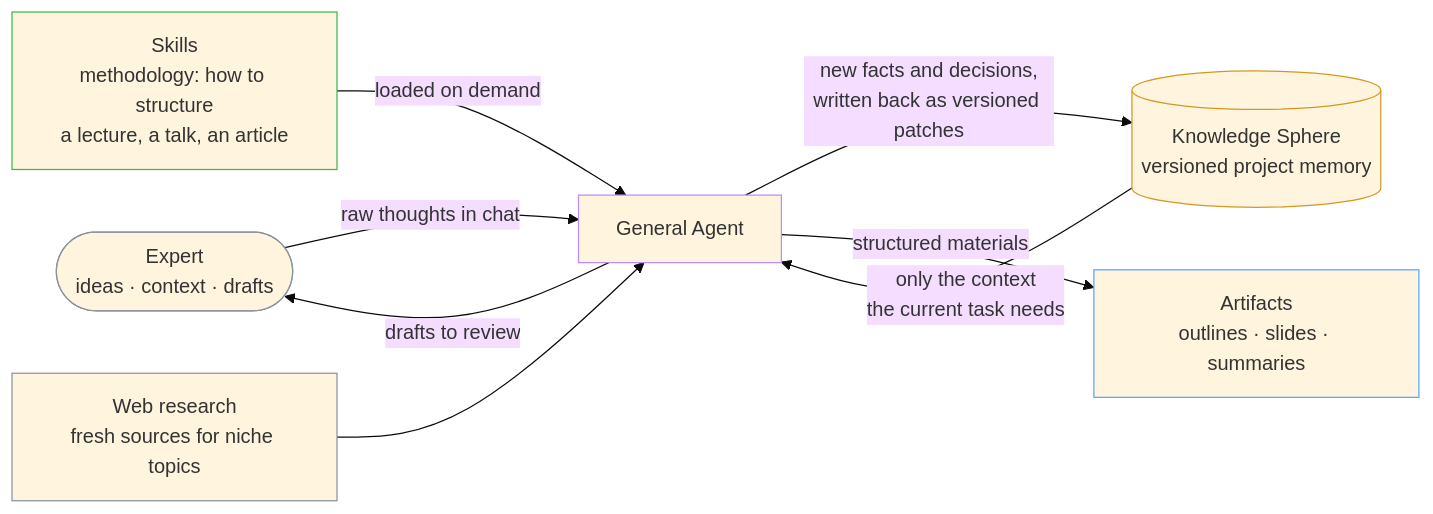
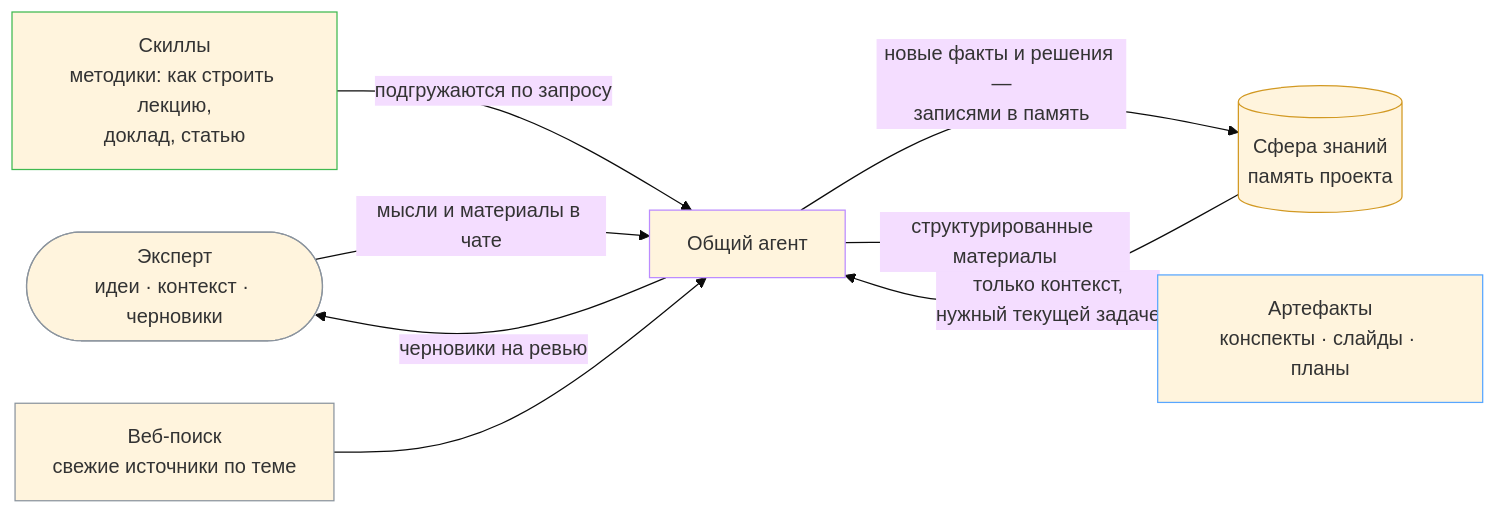
One commit to Bbar0n234/learnflow-ai changed the first of 2 diagrams in README.md. Above: the diagram before and after it, drawn with Mermaid (base theme). The commit also changed other lines of this file and 4 other files, not shown here.

````diff
--- a/README.md
+++ b/README.md
@@ -55,24 +57,24 @@
 ```mermaid
 graph LR
-    EXPERT(["Expert<br/>ideas · context · drafts"])
-    AGENT["General Agent"]
-    SPHERE[("Knowledge Sphere<br/>versioned project memory")]
-    SKILLS["Skills<br/>methodology: how to structure<br/>a lecture, a talk, an article"]
-    WEB["Web research<br/>fresh sources for niche topics"]
-    OUT["Artifacts<br/>outlines · slides · summaries"]
+    EXPERT(["Эксперт<br/>идеи · контекст · черновики"])
+    AGENT["Общий агент"]
+    SPHERE[("Сфера знаний<br/>память проекта")]
+    SKILLS["Скиллы<br/>методики: как строить лекцию,<br/>доклад, статью"]
+    WEB["Веб-поиск<br/>свежие источники по теме"]
+    OUT["Артефакты<br/>конспекты · слайды · планы"]
 
-    EXPERT -->|"raw thoughts in chat"| AGENT
-    AGENT -->|"drafts to review"| EXPERT
-    SPHERE -->|"only the context<br/>the current task needs"| AGENT
-    AGENT -->|"new facts and decisions,<br/>written back as versioned patches"| SPHERE
-    SKILLS -->|"loaded on demand"| AGENT
+    EXPERT -->|"мысли и материалы в чате"| AGENT
+    AGENT -->|"черновики на ревью"| EXPERT
+    SPHERE -->|"только контекст,<br/>нужный текущей задаче"| AGENT
+    AGENT -->|"новые факты и решения —<br/>записями в память"| SPHERE
+    SKILLS -->|"подгружаются по запросу"| AGENT
     WEB --> AGENT
-    AGENT -->|"structured materials"| OUT
+    AGENT -->|"структурированные материалы"| OUT
 
     style AGENT stroke:#bc8cff
     style SPHERE stroke:#d29922
     style SKILLS stroke:#3fb950
     style OUT stroke:#58a6ff
     style WEB stroke:#8b949e
     style EXPERT stroke:#8b949e
 ```
````
